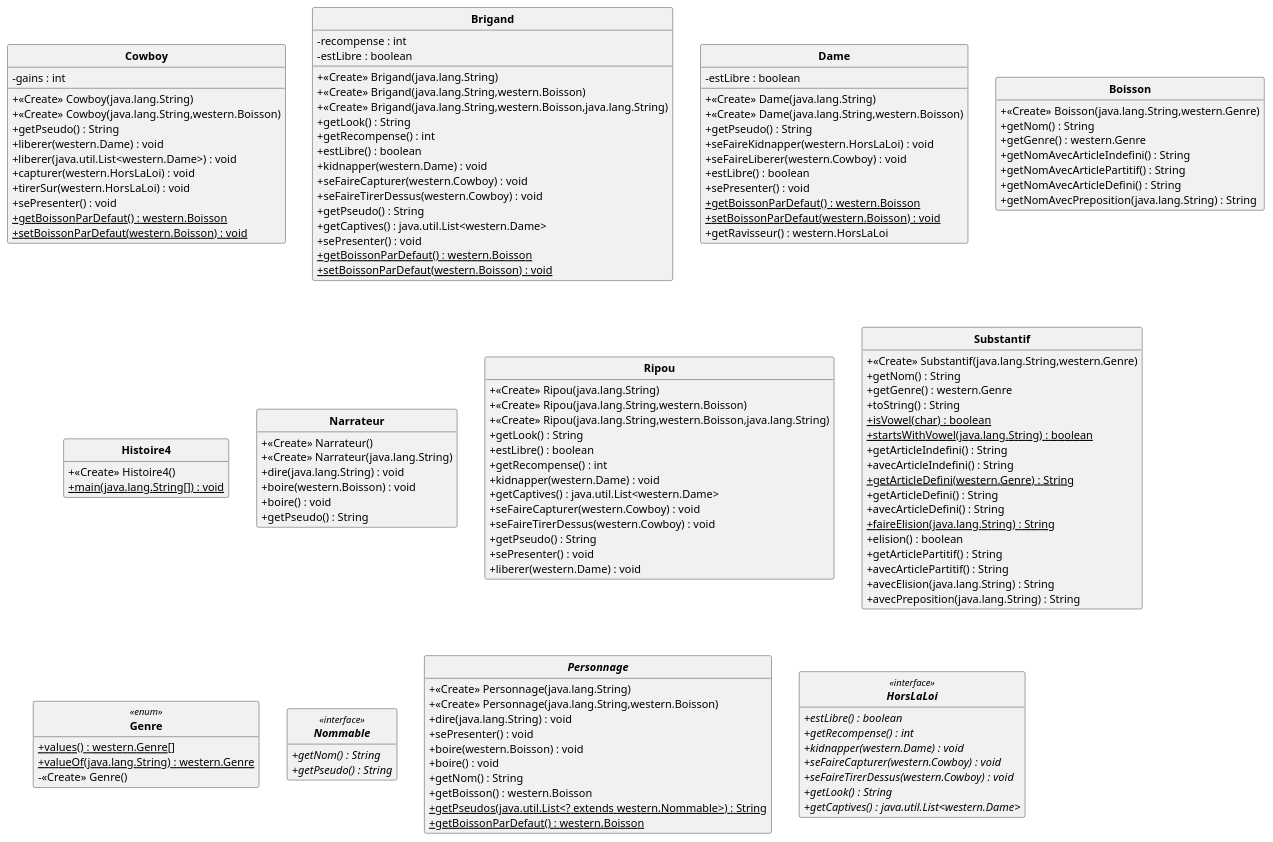
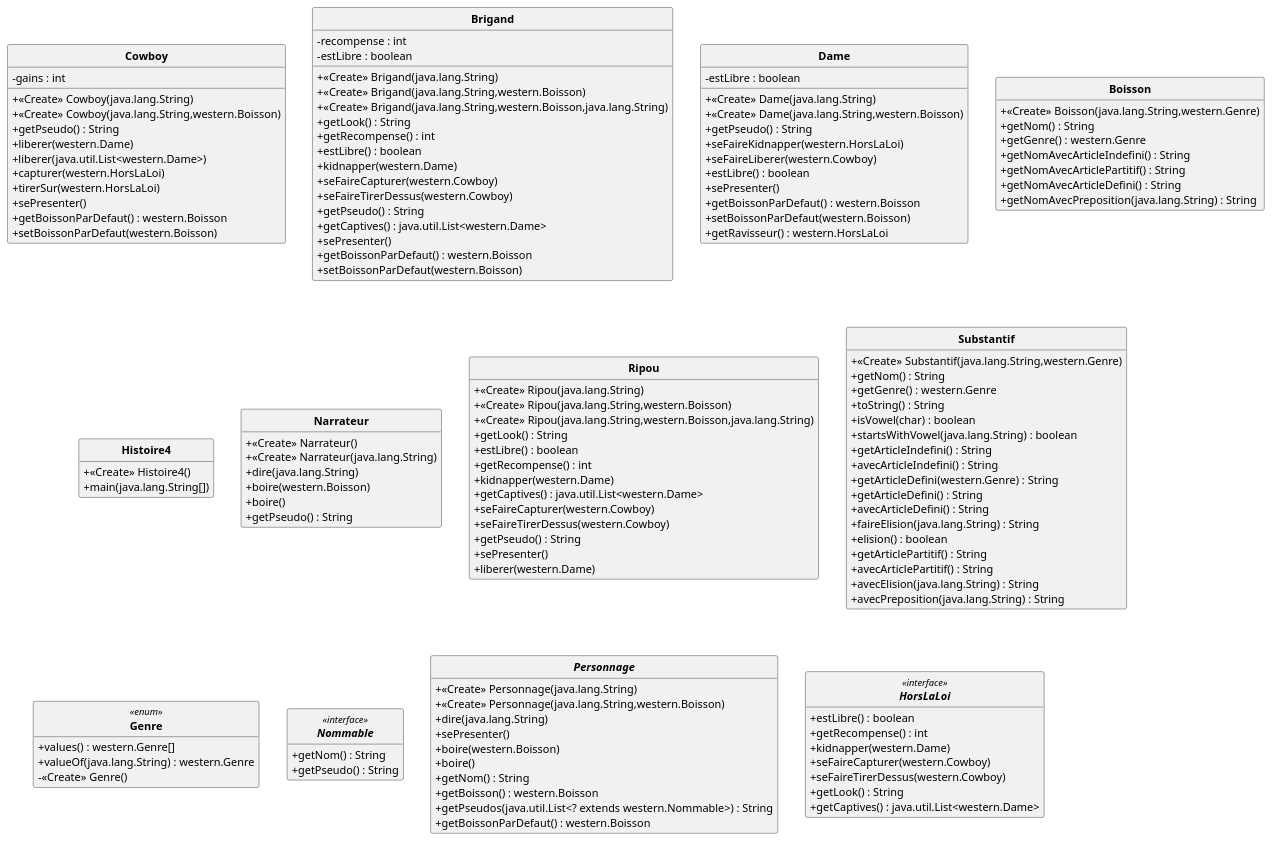
One commit to yassinkioua/Projet-PumlFromJava changed the diagram in uml/westernDCC.puml. Above: the diagram before and after it, drawn with PlantUML. The commit also changed 10 other files, not shown here.

Commit message:
Maj diagramme

```diff
--- a/uml/westernDCC.puml
+++ b/uml/westernDCC.puml
@@ -1,148 +1,148 @@
 @startuml
 'https://plantuml.com/class-diagram 
  skinparam classAttributeIconSize 0 
 skinparam classFontStyle Bold
 skinparam style strictuml
 hide empty members
 class Cowboy{ 
 - gains : int
 + <<Create>> Cowboy(java.lang.String)
 + <<Create>> Cowboy(java.lang.String,western.Boisson)
 + getPseudo() : String 
-+ liberer(western.Dame) : void
-+ liberer(java.util.List<western.Dame>) : void
-+ capturer(western.HorsLaLoi) : void
-+ tirerSur(western.HorsLaLoi) : void
-+ sePresenter() : void
-+ {static} getBoissonParDefaut() : western.Boisson
-+ {static} setBoissonParDefaut(western.Boisson) : void
++ liberer(western.Dame)
++ liberer(java.util.List<western.Dame>)
++ capturer(western.HorsLaLoi)
++ tirerSur(western.HorsLaLoi)
++ sePresenter()
++ getBoissonParDefaut() : western.Boisson
++ setBoissonParDefaut(western.Boisson)
 
  } 
 class Brigand{ 
 - recompense : int
 - estLibre : boolean
 + <<Create>> Brigand(java.lang.String)
 + <<Create>> Brigand(java.lang.String,western.Boisson)
 + <<Create>> Brigand(java.lang.String,western.Boisson,java.lang.String)
 + getLook() : String 
 + getRecompense() : int
 + estLibre() : boolean
-+ kidnapper(western.Dame) : void
-+ seFaireCapturer(western.Cowboy) : void
-+ seFaireTirerDessus(western.Cowboy) : void
++ kidnapper(western.Dame)
++ seFaireCapturer(western.Cowboy)
++ seFaireTirerDessus(western.Cowboy)
 + getPseudo() : String 
 + getCaptives() : java.util.List<western.Dame>
-+ sePresenter() : void
-+ {static} getBoissonParDefaut() : western.Boisson
-+ {static} setBoissonParDefaut(western.Boisson) : void
++ sePresenter()
++ getBoissonParDefaut() : western.Boisson
++ setBoissonParDefaut(western.Boisson)
 
  } 
 class Dame{ 
 - estLibre : boolean
 + <<Create>> Dame(java.lang.String)
 + <<Create>> Dame(java.lang.String,western.Boisson)
 + getPseudo() : String 
-+ seFaireKidnapper(western.HorsLaLoi) : void
-+ seFaireLiberer(western.Cowboy) : void
++ seFaireKidnapper(western.HorsLaLoi)
++ seFaireLiberer(western.Cowboy)
 + estLibre() : boolean
-+ sePresenter() : void
-+ {static} getBoissonParDefaut() : western.Boisson
-+ {static} setBoissonParDefaut(western.Boisson) : void
++ sePresenter()
++ getBoissonParDefaut() : western.Boisson
++ setBoissonParDefaut(western.Boisson)
 + getRavisseur() : western.HorsLaLoi
 
  } 
 class Boisson{ 
 + <<Create>> Boisson(java.lang.String,western.Genre)
 + getNom() : String 
 + getGenre() : western.Genre
 + getNomAvecArticleIndefini() : String 
 + getNomAvecArticlePartitif() : String 
 + getNomAvecArticleDefini() : String 
 + getNomAvecPreposition(java.lang.String) : String 
 
  } 
 class Histoire4{ 
 + <<Create>> Histoire4()
-+ {static} main(java.lang.String[]) : void
++ main(java.lang.String[])
 
  } 
 class Narrateur{ 
 + <<Create>> Narrateur()
 + <<Create>> Narrateur(java.lang.String)
-+ dire(java.lang.String) : void
-+ boire(western.Boisson) : void
-+ boire() : void
++ dire(java.lang.String)
++ boire(western.Boisson)
++ boire()
 + getPseudo() : String 
 
  } 
 class Ripou{ 
 + <<Create>> Ripou(java.lang.String)
 + <<Create>> Ripou(java.lang.String,western.Boisson)
 + <<Create>> Ripou(java.lang.String,western.Boisson,java.lang.String)
 + getLook() : String 
 + estLibre() : boolean
 + getRecompense() : int
-+ kidnapper(western.Dame) : void
++ kidnapper(western.Dame)
 + getCaptives() : java.util.List<western.Dame>
-+ seFaireCapturer(western.Cowboy) : void
-+ seFaireTirerDessus(western.Cowboy) : void
++ seFaireCapturer(western.Cowboy)
++ seFaireTirerDessus(western.Cowboy)
 + getPseudo() : String 
-+ sePresenter() : void
-+ liberer(western.Dame) : void
++ sePresenter()
++ liberer(western.Dame)
 
  } 
 class Substantif{ 
 + <<Create>> Substantif(java.lang.String,western.Genre)
 + getNom() : String 
 + getGenre() : western.Genre
 + toString() : String 
-+ {static} isVowel(char) : boolean
-+ {static} startsWithVowel(java.lang.String) : boolean
++ isVowel(char) : boolean
++ startsWithVowel(java.lang.String) : boolean
 + getArticleIndefini() : String 
 + avecArticleIndefini() : String 
-+ {static} getArticleDefini(western.Genre) : String 
++ getArticleDefini(western.Genre) : String 
 + getArticleDefini() : String 
 + avecArticleDefini() : String 
-+ {static} faireElision(java.lang.String) : String 
++ faireElision(java.lang.String) : String 
 + elision() : boolean
 + getArticlePartitif() : String 
 + avecArticlePartitif() : String 
 + avecElision(java.lang.String) : String 
 + avecPreposition(java.lang.String) : String 
 
  } 
 enum Genre <<enum>> { 
-+ {static} values() : western.Genre[]
-+ {static} valueOf(java.lang.String) : western.Genre
++ values() : western.Genre[]
++ valueOf(java.lang.String) : western.Genre
 - <<Create>> Genre()
 
  } 
 interface Nommable <<interface>> { 
-+ {abstract} getNom() : String 
-+ {abstract} getPseudo() : String 
++ getNom() : String 
++ getPseudo() : String 
 
  } 
 abstract class Personnage{ 
 + <<Create>> Personnage(java.lang.String)
 + <<Create>> Personnage(java.lang.String,western.Boisson)
-+ dire(java.lang.String) : void
-+ sePresenter() : void
-+ boire(western.Boisson) : void
-+ boire() : void
++ dire(java.lang.String)
++ sePresenter()
++ boire(western.Boisson)
++ boire()
 + getNom() : String 
 + getBoisson() : western.Boisson
-+ {static} getPseudos(java.util.List<? extends western.Nommable>) : String 
-+ {static} getBoissonParDefaut() : western.Boisson
++ getPseudos(java.util.List<? extends western.Nommable>) : String 
++ getBoissonParDefaut() : western.Boisson
 
  } 
 interface HorsLaLoi <<interface>> { 
-+ {abstract} estLibre() : boolean
-+ {abstract} getRecompense() : int
-+ {abstract} kidnapper(western.Dame) : void
-+ {abstract} seFaireCapturer(western.Cowboy) : void
-+ {abstract} seFaireTirerDessus(western.Cowboy) : void
-+ {abstract} getLook() : String 
-+ {abstract} getCaptives() : java.util.List<western.Dame>
++ estLibre() : boolean
++ getRecompense() : int
++ kidnapper(western.Dame)
++ seFaireCapturer(western.Cowboy)
++ seFaireTirerDessus(western.Cowboy)
++ getLook() : String 
++ getCaptives() : java.util.List<western.Dame>
 
  } 
 @enduml
```
